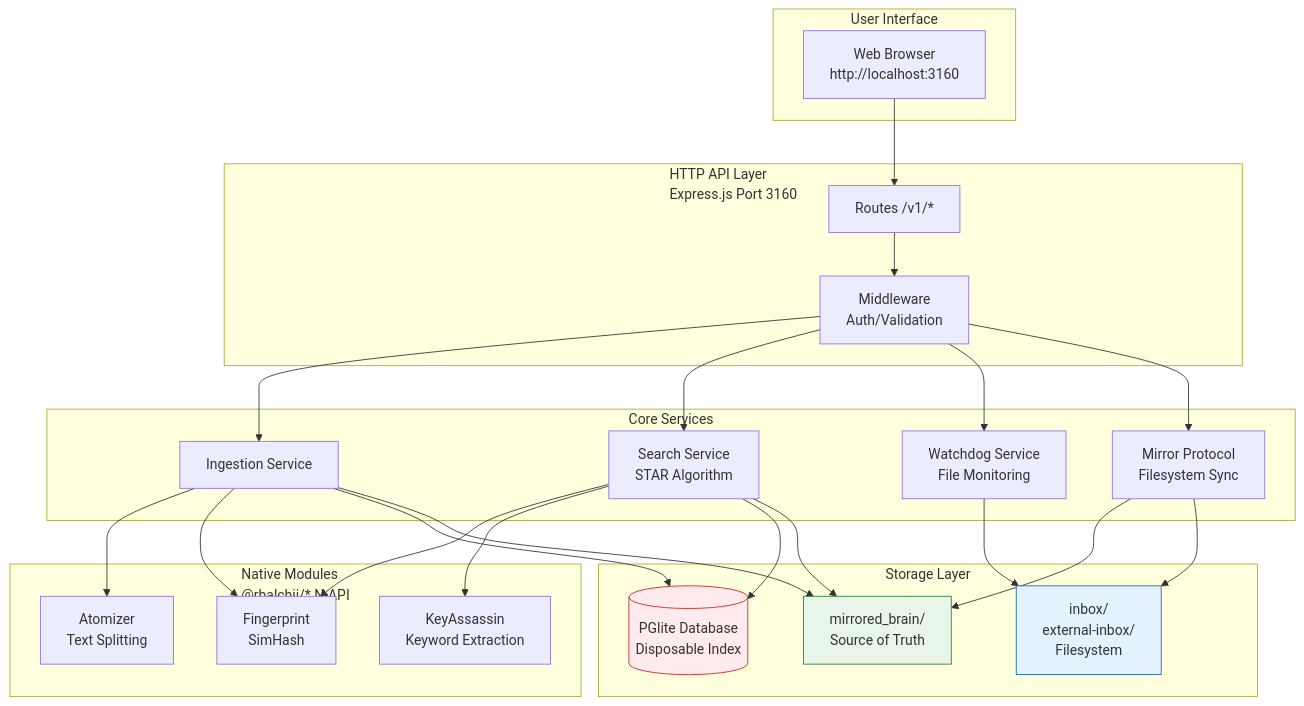
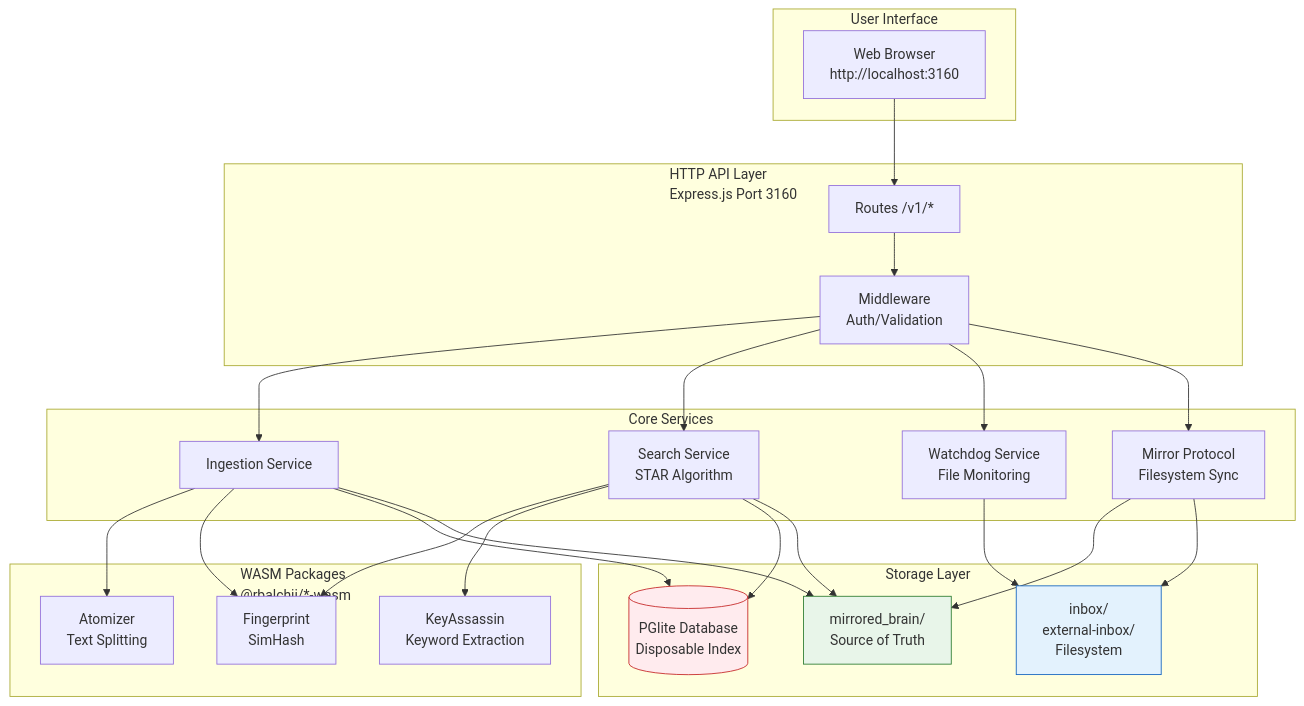
One commit to minerva-devs/anchor-engine-node changed the ninth of 20 diagrams in specs/spec.md. Above: the diagram before and after it, drawn with Mermaid. The commit also changed other lines of this file and 3053 other files, not shown here.

````diff
--- a/specs/spec.md
+++ b/specs/spec.md
@@ -611,54 +611,54 @@
 ```mermaid
 flowchart TB
     subgraph UI["User Interface"]
         A[Web Browser<br/>http://localhost:3160]
     end
 
     subgraph API["HTTP API Layer<br/>Express.js Port 3160"]
         B[Routes /v1/*]
         C[Middleware<br/>Auth/Validation]
     end
 
     subgraph SERVICES["Core Services"]
         D[Ingestion Service]
         E[Search Service<br/>STAR Algorithm]
         F[Watchdog Service<br/>File Monitoring]
         G[Mirror Protocol<br/>Filesystem Sync]
     end
 
-    subgraph NATIVE["Native Modules<br/>@rbalchii/* N-API"]
+    subgraph WASM["WASM Packages<br/>@rbalchii/*-wasm"]
         H[Atomizer<br/>Text Splitting]
         I[Fingerprint<br/>SimHash]
         J[KeyAssassin<br/>Keyword Extraction]
     end
 
     subgraph STORAGE["Storage Layer"]
         K[(PGlite Database<br/>Disposable Index)]
         L[mirrored_brain/<br/>Source of Truth]
         M[inbox/<br/>external-inbox/<br/>Filesystem]
     end
 
     A --> B
     B --> C
     C --> D
     C --> E
     C --> F
     C --> G
     
     D --> H
     D --> I
     E --> I
     E --> J
     
     D --> K
     D --> L
     E --> K
     E --> L
     F --> M
     G --> L
     G --> M
 
     style K fill:#ffebee,stroke:#c62828
     style L fill:#e8f5e9,stroke:#2e7d32
     style M fill:#e3f2fd,stroke:#1565c0
 ```
````
